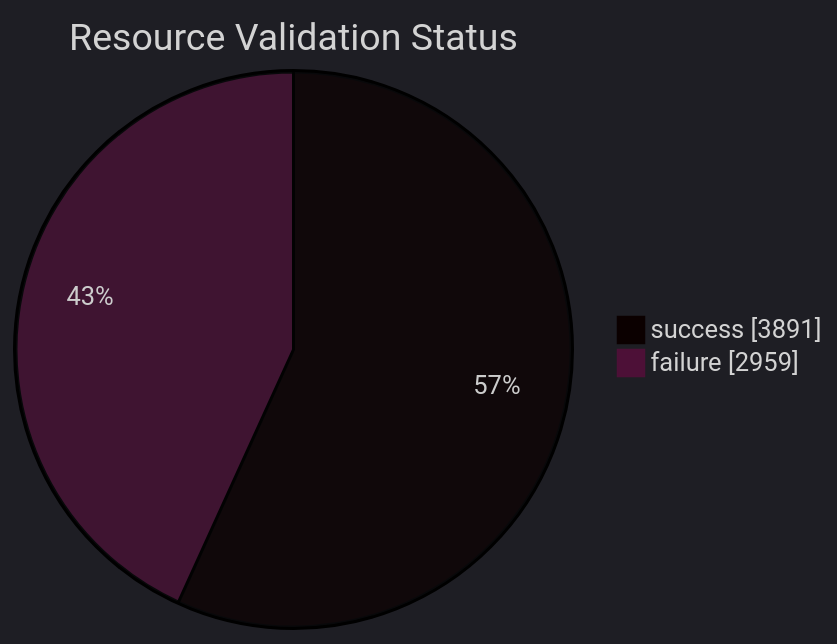
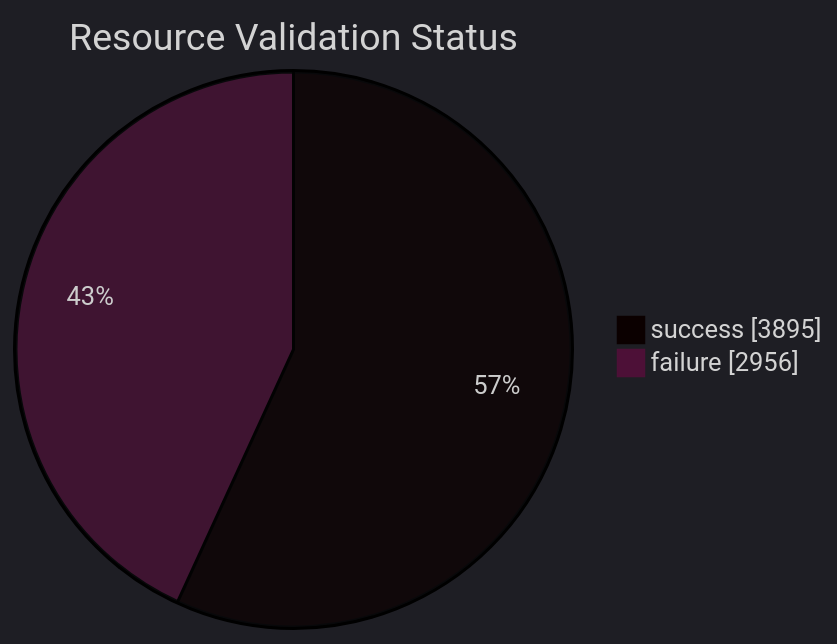
One commit to open-data/analytics-corporate-reporting changed the diagram in datastore_tracker/resource_validation_status_pie_chart.md. Above: the diagram before and after it, drawn with Mermaid. The commit also changed 9 other files, not shown here.

````diff
--- a/datastore_tracker/resource_validation_status_pie_chart.md
+++ b/datastore_tracker/resource_validation_status_pie_chart.md
@@ -2,9 +2,9 @@
 ```mermaid
 ---
 config:
   theme: dark
 ---
 pie showData title Resource Validation Status
-    "success": 3891
-    "failure": 2959
+    "success": 3895
+    "failure": 2956
 ```
````
